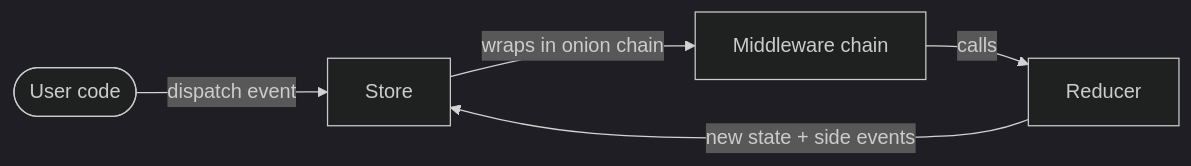
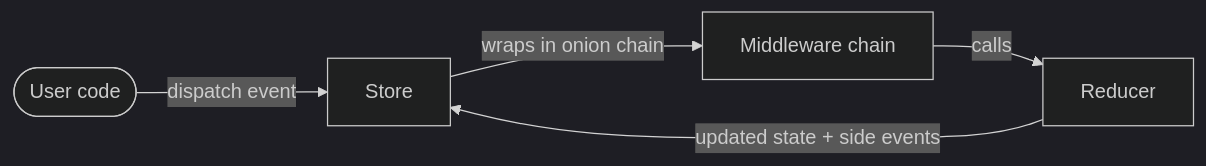
The first of 2 diagrams in README.md (corentin-core/ruxe), drawn with Mermaid (dark theme) before and after one commit. The commit also changed other lines of this file and 16 other files, not shown here.

````diff
--- a/README.md
+++ b/README.md
@@ -156,7 +158,7 @@
 ```mermaid
 flowchart LR
     User([User code]) -->|dispatch event| Store
     Store -->|"wraps in onion chain"| MW[Middleware chain]
     MW -->|"calls"| R[Reducer]
-    R -->|"new state + side events"| Store
+    R -->|"updated state + side events"| Store
 ```
````
